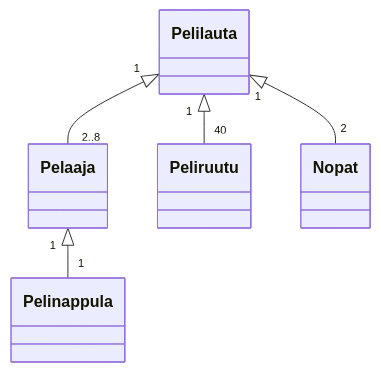
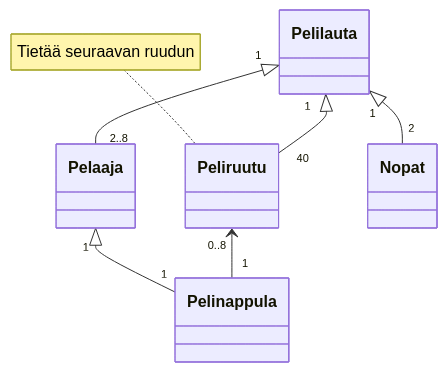
The diagram in laskarit/viikko3/t1.md (tapsamies/ot-harjoitustyo), drawn with Mermaid before and after one commit.

Commit message:
tehty valmiiksi

````diff
--- a/laskarit/viikko3/t1.md
+++ b/laskarit/viikko3/t1.md
@@ -1,13 +1,14 @@
 ```mermaid
 classDiagram
 	class Pelilauta
 	class Pelaaja
 	class Peliruutu
+	note for Peliruutu "Tietää seuraavan ruudun"
 	class Nopat
 	class Pelinappula
 Pelilauta "1" <|-- "2..8" Pelaaja
 Pelilauta "1" <|-- "40" Peliruutu
 Pelilauta "1" <|-- "2" Nopat
 Pelaaja "1" <|-- "1" Pelinappula
-
+Peliruutu "0..8" <-- "1" Pelinappula
 ```
````
